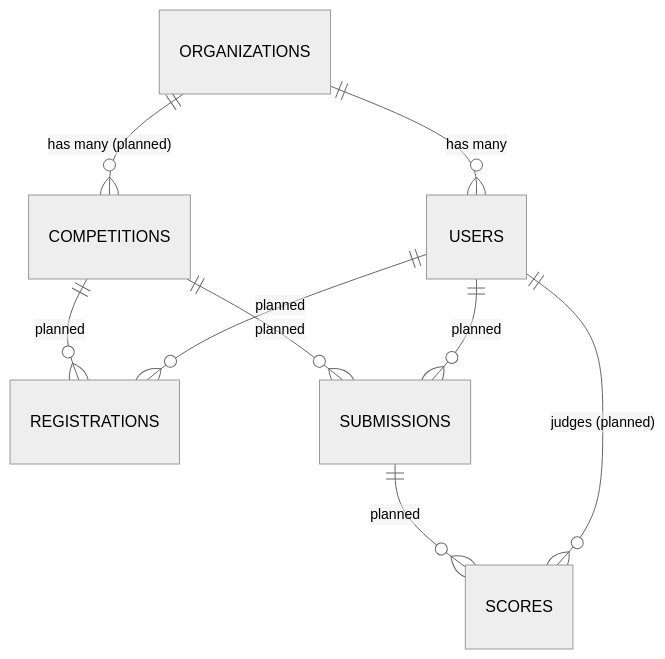
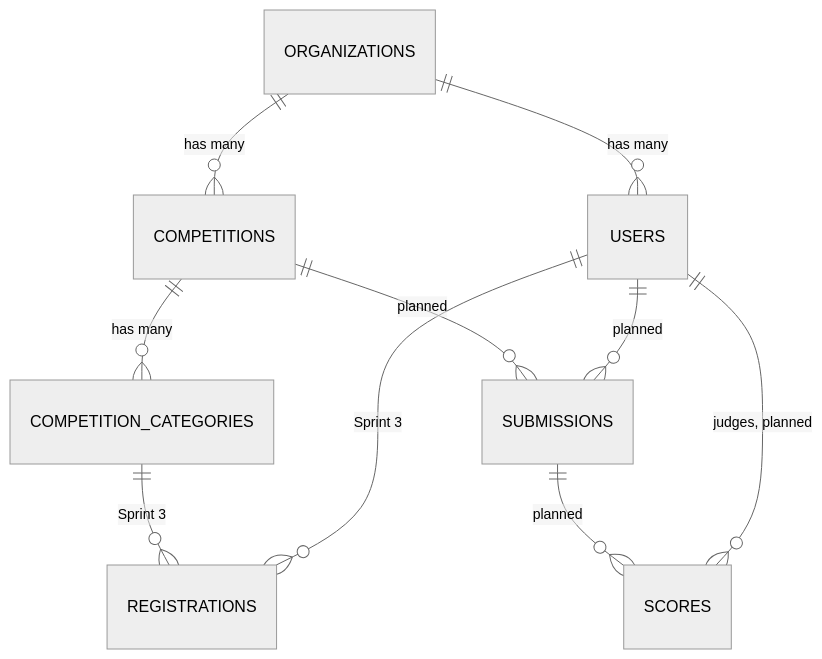
One commit to protex121/competition-management-system changed the diagram in docs/DATABASE.md. Above: the diagram before and after it, drawn with Mermaid (neutral theme). The commit also changed other lines of this file and 16 other files, not shown here.

First line of the commit message:
feat(competition): add Sprint 2 foundation and domain design docs

````diff
--- a/docs/DATABASE.md
+++ b/docs/DATABASE.md
@@ -16,11 +16,12 @@
 ```mermaid
 erDiagram
     ORGANIZATIONS ||--o{ USERS : "has many"
-    ORGANIZATIONS ||--o{ COMPETITIONS : "has many (planned)"
-    COMPETITIONS ||--o{ REGISTRATIONS : "planned"
+    ORGANIZATIONS ||--o{ COMPETITIONS : "has many"
+    COMPETITIONS ||--o{ COMPETITION_CATEGORIES : "has many"
+    COMPETITION_CATEGORIES ||--o{ REGISTRATIONS : "Sprint 3"
     COMPETITIONS ||--o{ SUBMISSIONS : "planned"
-    USERS ||--o{ REGISTRATIONS : "planned"
+    USERS ||--o{ REGISTRATIONS : "Sprint 3"
     USERS ||--o{ SUBMISSIONS : "planned"
     SUBMISSIONS ||--o{ SCORES : "planned"
-    USERS ||--o{ SCORES : "judges (planned)"
+    USERS ||--o{ SCORES : "judges, planned"
 ```
````
